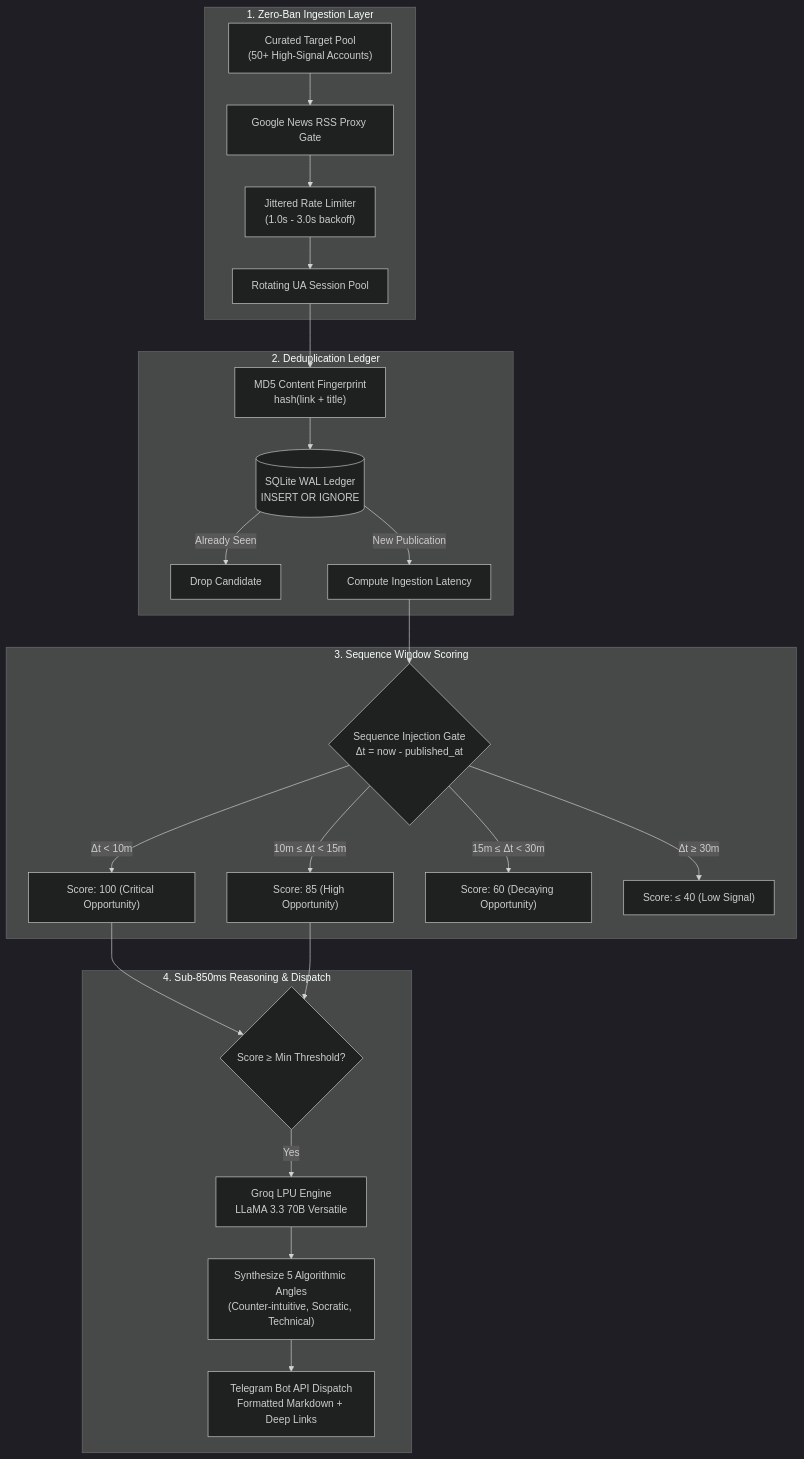
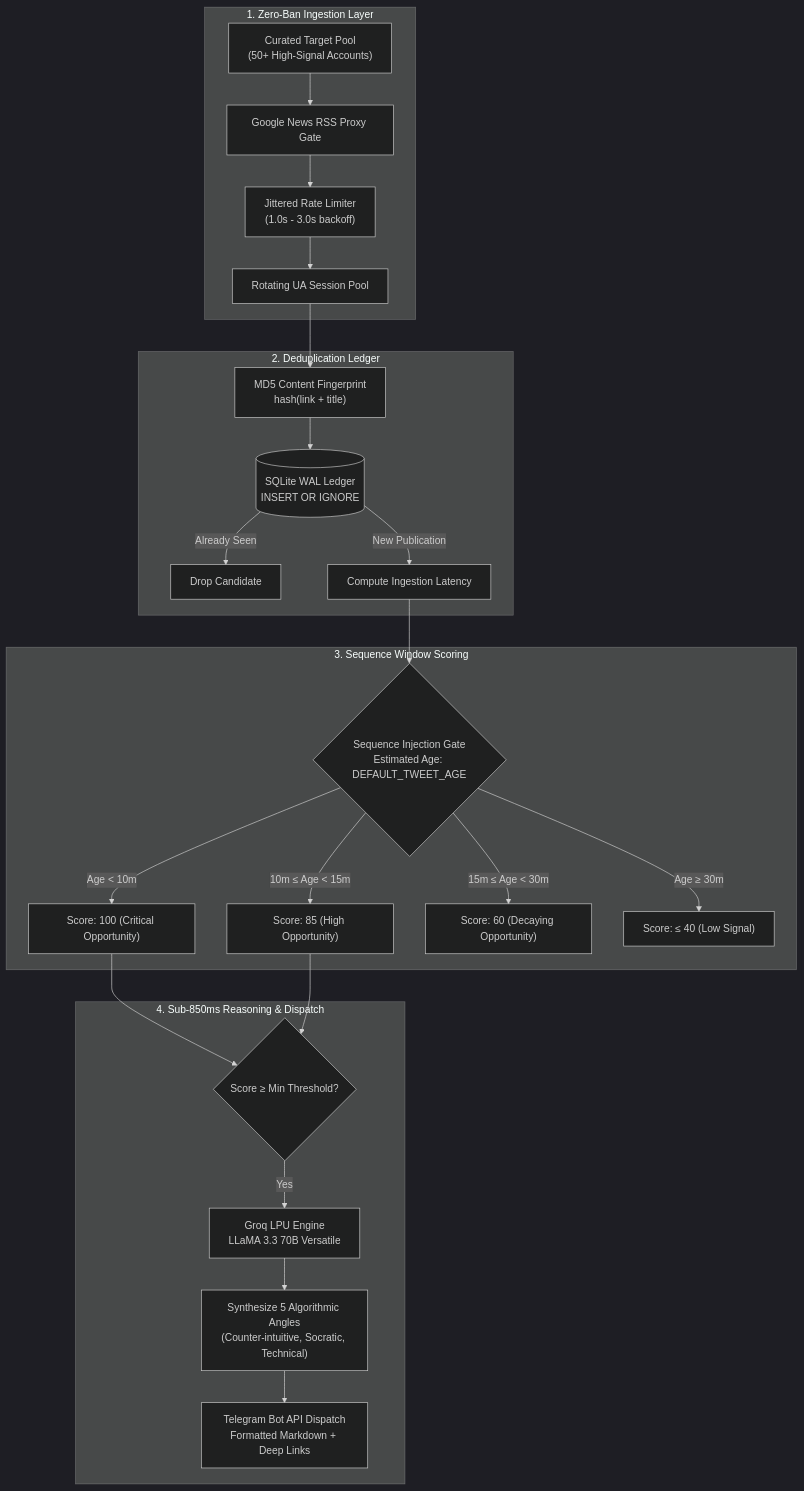
The diagram in README.md (CynthiaWahome/velocityX), drawn with Mermaid (dark theme) before and after one commit. The commit also changed other lines of this file, not shown here.

Commit message:
docs(readme): address CodeRabbit review feedback on scoring and CLI usage
Clarify estimated age window scoring and RSS indexing delay in architecture diagram and tradeoffs. Update example configuration to CHECK_INTERVAL_SECONDS=300 and single-cycle command to --single-run.

````diff
--- a/README.md
+++ b/README.md
@@ -32,30 +32,30 @@
 ```mermaid
 flowchart TD
     subgraph Ingestion ["1. Zero-Ban Ingestion Layer"]
         A["Curated Target Pool<br/>(50+ High-Signal Accounts)"] --> B["Google News RSS Proxy Gate"]
         B --> C["Jittered Rate Limiter<br/>(1.0s - 3.0s backoff)"]
         C --> D["Rotating UA Session Pool"]
     end
 
     subgraph Ledger ["2. Deduplication Ledger"]
         D --> E["MD5 Content Fingerprint<br/>hash(link + title)"]
         E --> F[("SQLite WAL Ledger<br/>INSERT OR IGNORE")]
         F -->|Already Seen| G["Drop Candidate"]
         F -->|New Publication| H["Compute Ingestion Latency"]
     end
 
     subgraph Scoring ["3. Sequence Window Scoring"]
-        H --> I{"Sequence Injection Gate<br/>Δt = now - published_at"}
-        I -->|Δt < 10m| J["Score: 100 (Critical Opportunity)"]
-        I -->|10m ≤ Δt < 15m| K["Score: 85 (High Opportunity)"]
-        I -->|15m ≤ Δt < 30m| L["Score: 60 (Decaying Opportunity)"]
-        I -->|Δt ≥ 30m| M["Score: ≤ 40 (Low Signal)"]
+        H --> I{"Sequence Injection Gate<br/>Estimated Age: DEFAULT_TWEET_AGE"}
+        I -->|Age < 10m| J["Score: 100 (Critical Opportunity)"]
+        I -->|10m ≤ Age < 15m| K["Score: 85 (High Opportunity)"]
+        I -->|15m ≤ Age < 30m| L["Score: 60 (Decaying Opportunity)"]
+        I -->|Age ≥ 30m| M["Score: ≤ 40 (Low Signal)"]
     end
 
     subgraph Reasoning ["4. Sub-850ms Reasoning & Dispatch"]
         J & K --> N{"Score ≥ Min Threshold?"}
         N -->|Yes| O["Groq LPU Engine<br/>LLaMA 3.3 70B Versatile"]
         O --> P["Synthesize 5 Algorithmic Angles<br/>(Counter-intuitive, Socratic, Technical)"]
         P --> Q["Telegram Bot API Dispatch<br/>Formatted Markdown + Deep Links"]
     end
 ```
````
